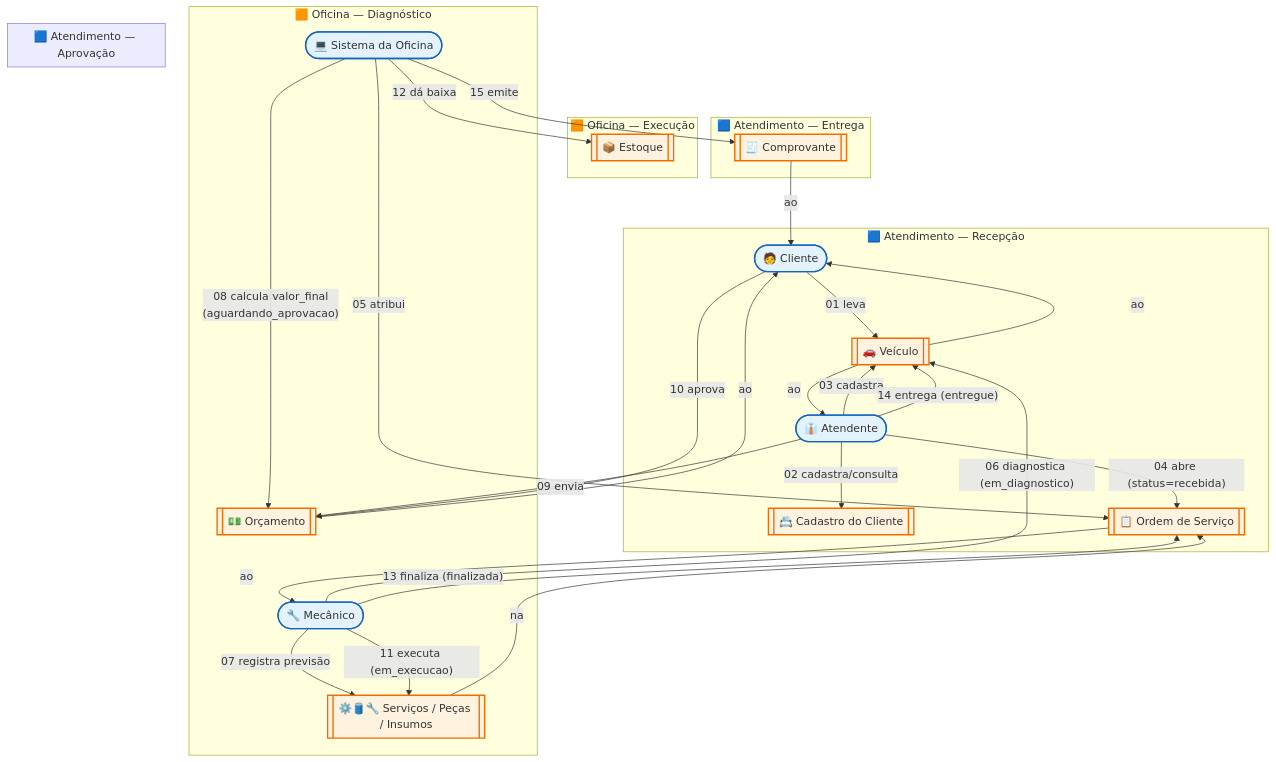
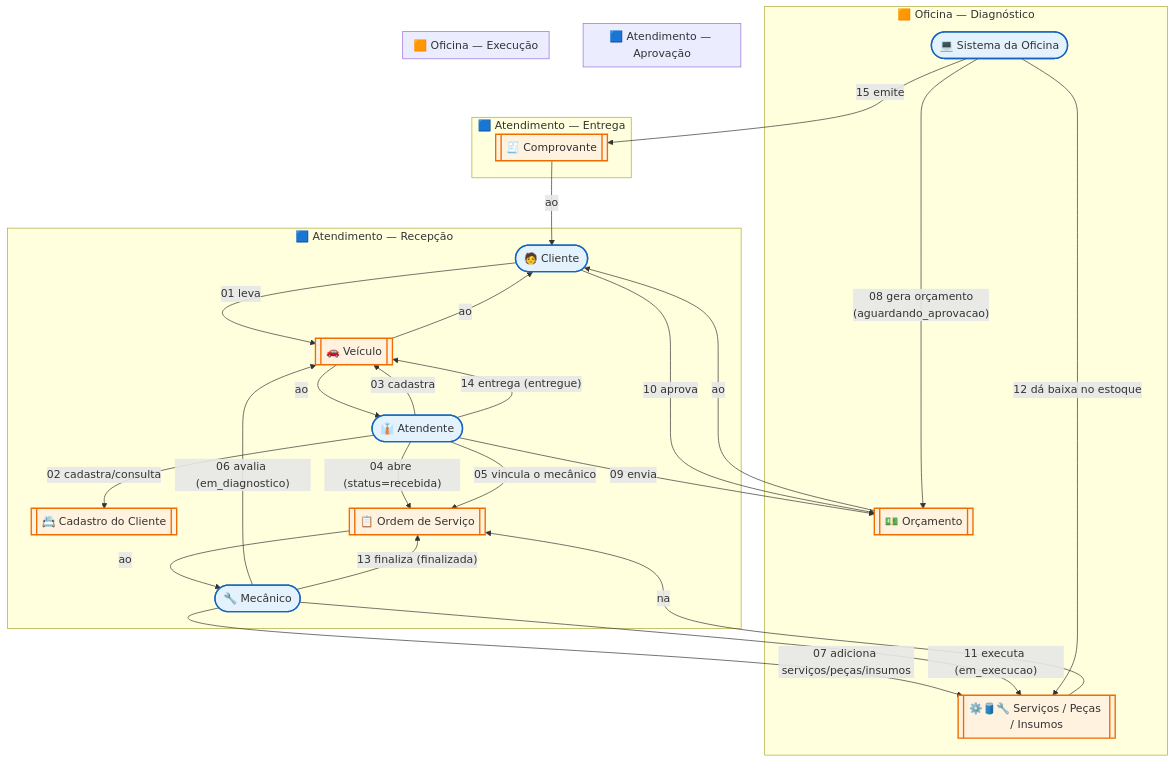
One commit to pedruvaz/tech-challenge-fiap changed the first of 3 diagrams in docs/storytelling.md. Above: the diagram before and after it, drawn with Mermaid. The commit also changed other lines of this file and 1 other file, not shown here.

Commit message:
fixing storytelling

````diff
--- a/docs/storytelling.md
+++ b/docs/storytelling.md
@@ -34,56 +34,55 @@
 ```mermaid
 flowchart TB
     Cliente(["🧑 Cliente"])
     Atendente(["👔 Atendente"])
     Mecanico(["🔧 Mecânico"])
     Sistema(["💻 Sistema da Oficina"])
 
     Veiculo[["🚗 Veículo"]]
     Cadastro[["📇 Cadastro do Cliente"]]
     OS[["📋 Ordem de Serviço"]]
     Itens[["⚙️🛢️🔧 Serviços / Peças / Insumos"]]
     Orcamento[["💵 Orçamento"]]
-    Estoque[["📦 Estoque"]]
     Comprovante[["🧾 Comprovante"]]
 
     subgraph Recepcao["🟦 Atendimento — Recepção"]
         Cliente -- "01 leva" --> Veiculo
         Veiculo -- "ao" --> Atendente
         Atendente -- "02 cadastra/consulta" --> Cadastro
         Atendente -- "03 cadastra" --> Veiculo
         Atendente -- "04 abre (status=recebida)" --> OS
+        Atendente -- "05 vincula o mecânico" --> OS
+        OS -- "ao" --> Mecanico
     end
 
     subgraph Diagnostico["🟧 Oficina — Diagnóstico"]
-        Sistema -- "05 atribui" --> OS
-        OS -- "ao" --> Mecanico
-        Mecanico -- "06 diagnostica (em_diagnostico)" --> Veiculo
-        Mecanico -- "07 registra previsão" --> Itens
+        Mecanico -- "06 avalia (em_diagnostico)" --> Veiculo
+        Mecanico -- "07 adiciona serviços/peças/insumos" --> Itens
         Itens -- "na" --> OS
-        Sistema -- "08 calcula valor_final<br/>(aguardando_aprovacao)" --> Orcamento
+        Sistema -- "08 gera orçamento<br/>(aguardando_aprovacao)" --> Orcamento
     end
 
     subgraph Aprovacao["🟦 Atendimento — Aprovação"]
         Atendente -- "09 envia" --> Orcamento
         Orcamento -- "ao" --> Cliente
         Cliente -- "10 aprova" --> Orcamento
     end
 
     subgraph Execucao["🟧 Oficina — Execução"]
         Mecanico -- "11 executa (em_execucao)" --> Itens
-        Sistema -- "12 dá baixa" --> Estoque
+        Sistema -- "12 dá baixa no estoque" --> Itens
         Mecanico -- "13 finaliza (finalizada)" --> OS
     end
 
     subgraph Entrega["🟦 Atendimento — Entrega"]
         Atendente -- "14 entrega (entregue)" --> Veiculo
         Veiculo -- "ao" --> Cliente
         Sistema -- "15 emite" --> Comprovante
         Comprovante -- "ao" --> Cliente
     end
 
     classDef ator fill:#e3f2fd,stroke:#1565c0,stroke-width:2px
     classDef objeto fill:#fff3e0,stroke:#ef6c00,stroke-width:2px
     class Cliente,Atendente,Mecanico,Sistema ator
-    class Veiculo,Cadastro,OS,Itens,Orcamento,Estoque,Comprovante objeto
+    class Veiculo,Cadastro,OS,Itens,Orcamento,Comprovante objeto
 ```
````
